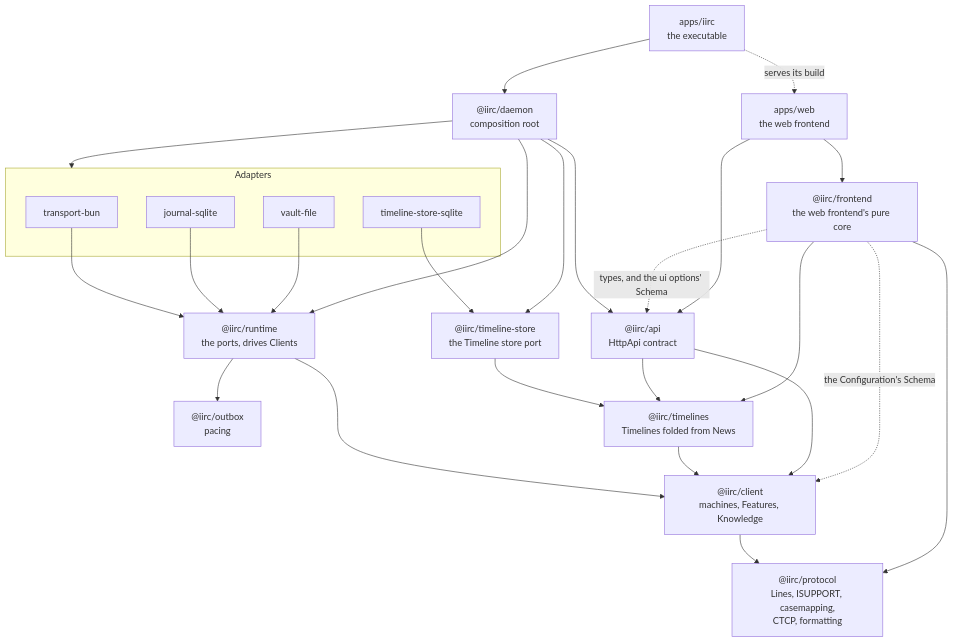
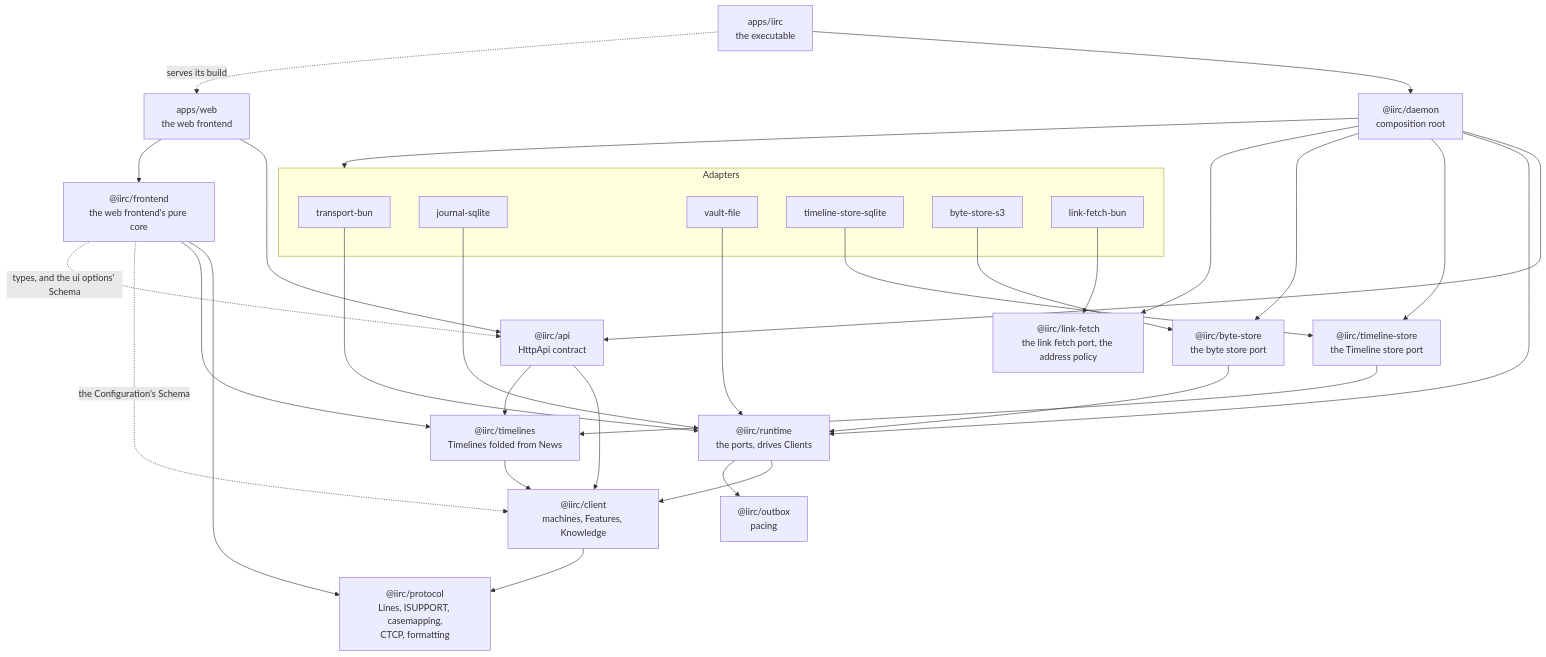
The second of 2 diagrams in ARCHITECTURE.md (deankerr/iirc), drawn with Mermaid before and after one commit. The commit also changed other lines of this file and 14 other files, not shown here.

First line of the commit message:
Bring the top-level docs in line with main, and remove ROADMAP.md (#142)

````diff
--- a/ARCHITECTURE.md
+++ b/ARCHITECTURE.md
@@ -66,36 +80,43 @@
 ```mermaid
 flowchart TB
   protocol["@iirc/protocol<br/>Lines, ISUPPORT, casemapping,<br/>CTCP, formatting"]
   client["@iirc/client<br/>machines, Features, Knowledge"]
   outbox["@iirc/outbox<br/>pacing"]
   timelines["@iirc/timelines<br/>Timelines folded from News"]
   store["@iirc/timeline-store<br/>the Timeline store port"]
+  bytestore["@iirc/byte-store<br/>the byte store port"]
+  linkfetch["@iirc/link-fetch<br/>the link fetch port, the address policy"]
   runtime["@iirc/runtime<br/>the ports, drives Clients"]
   api["@iirc/api<br/>HttpApi contract"]
   daemon["@iirc/daemon<br/>composition root"]
   app["apps/iirc<br/>the executable"]
   frontend["@iirc/frontend<br/>the web frontend's pure core"]
   web["apps/web<br/>the web frontend"]
 
   subgraph adapters["Adapters"]
     tbun["transport-bun"]
     jsql["journal-sqlite"]
     vfile["vault-file"]
     tsql["timeline-store-sqlite"]
+    bs3["byte-store-s3"]
+    lfbun["link-fetch-bun"]
   end
 
   client --> protocol
   runtime --> client & outbox
   timelines --> client
   store --> timelines
   tbun & jsql & vfile --> runtime
   tsql --> store
+  bytestore --> runtime
+  bs3 --> bytestore
+  lfbun --> linkfetch
   api --> client & timelines
-  daemon --> api & runtime & store & adapters
+  daemon --> api & runtime & store & bytestore & linkfetch & adapters
   app --> daemon
   frontend --> protocol & timelines
   frontend -.->|"the Configuration's Schema"| client
   frontend -.->|"types, and the ui options' Schema"| api
   web --> api & frontend
   app -.->|"serves its build"| web
 ```
````
